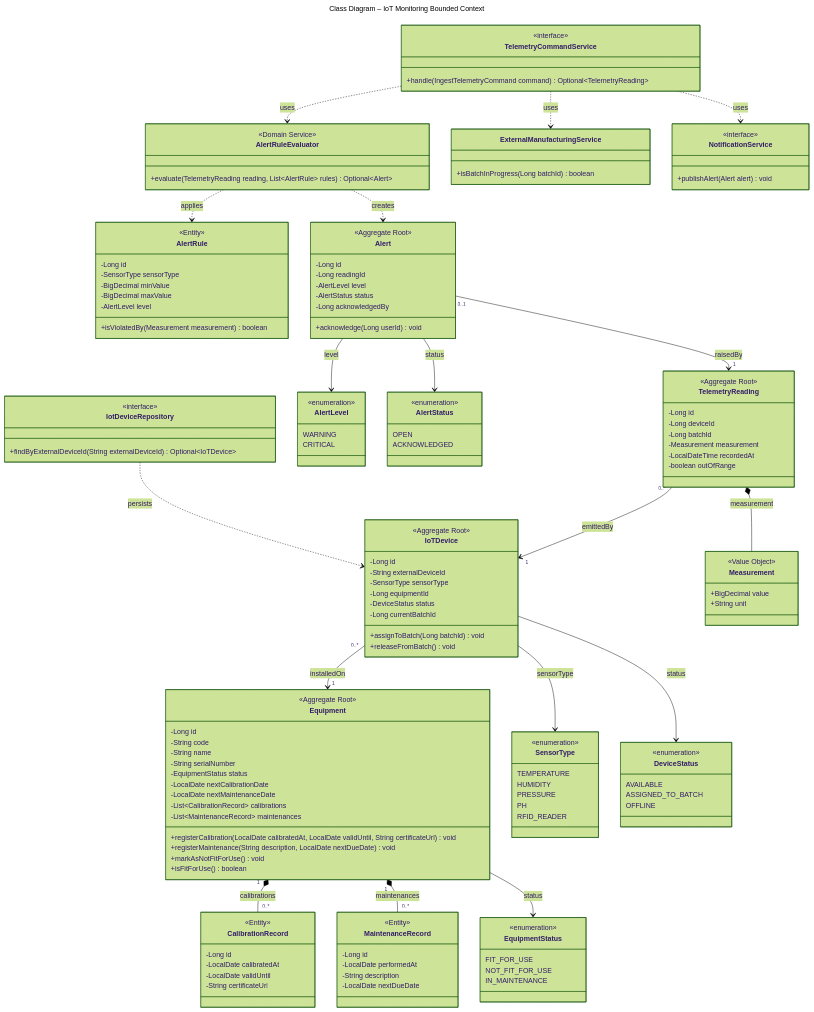
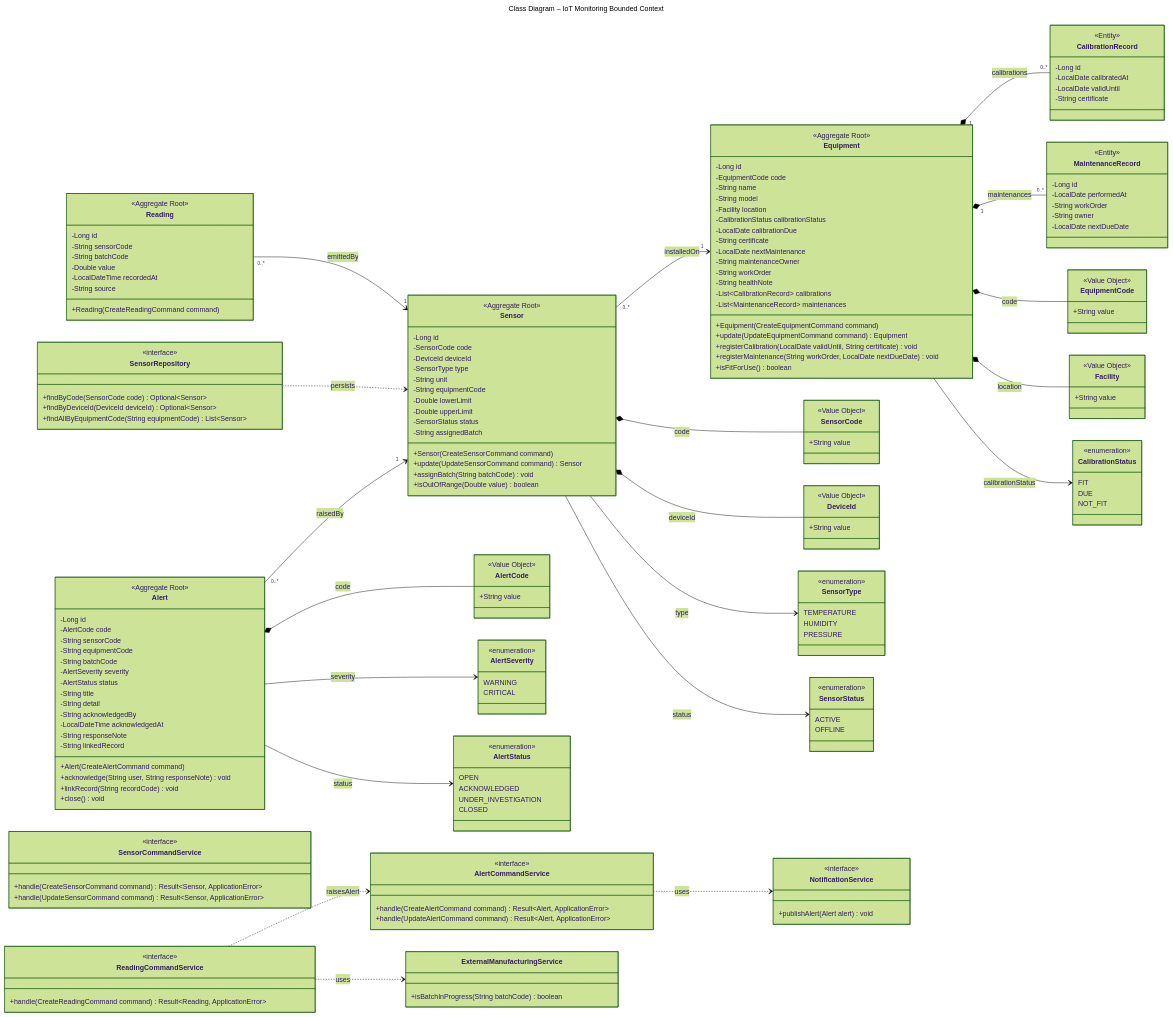
The diagram in report/assets/diagrams/mermaid/class-05-iot.mmd (IngesCompany/doofplus-report), drawn with Mermaid (forest theme) before and after one commit. The commit also changed 10 other files, not shown here.

Commit message:
fix(diagrams): align the class and database diagrams with the product

```diff
--- a/report/assets/diagrams/mermaid/class-05-iot.mmd
+++ b/report/assets/diagrams/mermaid/class-05-iot.mmd
@@ -1,144 +1,184 @@
 ---
 title: "Class Diagram – IoT Monitoring Bounded Context"
 ---
 classDiagram
-  direction TB
+  direction LR
   class Equipment {
     <<Aggregate Root>>
     -Long id
-    -String code
+    -EquipmentCode code
     -String name
-    -String serialNumber
-    -EquipmentStatus status
-    -LocalDate nextCalibrationDate
-    -LocalDate nextMaintenanceDate
+    -String model
+    -Facility location
+    -CalibrationStatus calibrationStatus
+    -LocalDate calibrationDue
+    -String certificate
+    -LocalDate nextMaintenance
+    -String maintenanceOwner
+    -String workOrder
+    -String healthNote
     -List~CalibrationRecord~ calibrations
     -List~MaintenanceRecord~ maintenances
-    +registerCalibration(LocalDate calibratedAt, LocalDate validUntil, String certificateUrl) void
-    +registerMaintenance(String description, LocalDate nextDueDate) void
-    +markAsNotFitForUse() void
+    +Equipment(CreateEquipmentCommand command)
+    +update(UpdateEquipmentCommand command) Equipment
+    +registerCalibration(LocalDate validUntil, String certificate) void
+    +registerMaintenance(String workOrder, LocalDate nextDueDate) void
     +isFitForUse() boolean
   }
   class CalibrationRecord {
     <<Entity>>
     -Long id
     -LocalDate calibratedAt
     -LocalDate validUntil
-    -String certificateUrl
+    -String certificate
   }
   class MaintenanceRecord {
     <<Entity>>
     -Long id
     -LocalDate performedAt
-    -String description
+    -String workOrder
+    -String owner
     -LocalDate nextDueDate
   }
-  class IoTDevice {
+  class Sensor {
     <<Aggregate Root>>
     -Long id
-    -String externalDeviceId
-    -SensorType sensorType
-    -Long equipmentId
-    -DeviceStatus status
-    -Long currentBatchId
-    +assignToBatch(Long batchId) void
-    +releaseFromBatch() void
+    -SensorCode code
+    -DeviceId deviceId
+    -SensorType type
+    -String unit
+    -String equipmentCode
+    -Double lowerLimit
+    -Double upperLimit
+    -SensorStatus status
+    -String assignedBatch
+    +Sensor(CreateSensorCommand command)
+    +update(UpdateSensorCommand command) Sensor
+    +assignBatch(String batchCode) void
+    +isOutOfRange(Double value) boolean
   }
-  class TelemetryReading {
+  class Reading {
     <<Aggregate Root>>
     -Long id
-    -Long deviceId
-    -Long batchId
-    -Measurement measurement
+    -String sensorCode
+    -String batchCode
+    -Double value
     -LocalDateTime recordedAt
-    -boolean outOfRange
-  }
-  class AlertRule {
-    <<Entity>>
-    -Long id
-    -SensorType sensorType
-    -BigDecimal minValue
-    -BigDecimal maxValue
-    -AlertLevel level
-    +isViolatedBy(Measurement measurement) boolean
+    -String source
+    +Reading(CreateReadingCommand command)
   }
   class Alert {
     <<Aggregate Root>>
     -Long id
-    -Long readingId
-    -AlertLevel level
+    -AlertCode code
+    -String sensorCode
+    -String equipmentCode
+    -String batchCode
+    -AlertSeverity severity
     -AlertStatus status
-    -Long acknowledgedBy
-    +acknowledge(Long userId) void
+    -String title
+    -String detail
+    -String acknowledgedBy
+    -LocalDateTime acknowledgedAt
+    -String responseNote
+    -String linkedRecord
+    +Alert(CreateAlertCommand command)
+    +acknowledge(String user, String responseNote) void
+    +linkRecord(String recordCode) void
+    +close() void
   }
-  class Measurement {
+  class EquipmentCode {
     <<Value Object>>
-    +BigDecimal value
-    +String unit
+    +String value
   }
-  class AlertRuleEvaluator {
-    <<Domain Service>>
-    +evaluate(TelemetryReading reading, List~AlertRule~ rules) Optional~Alert~
+  class SensorCode {
+    <<Value Object>>
+    +String value
+  }
+  class DeviceId {
+    <<Value Object>>
+    +String value
+  }
+  class AlertCode {
+    <<Value Object>>
+    +String value
+  }
+  class Facility {
+    <<Value Object>>
+    +String value
+  }
+  class CalibrationStatus {
+    <<enumeration>>
+    FIT
+    DUE
+    NOT_FIT
   }
   class SensorType {
     <<enumeration>>
     TEMPERATURE
     HUMIDITY
     PRESSURE
-    PH
-    RFID_READER
   }
-  class EquipmentStatus {
+  class SensorStatus {
     <<enumeration>>
-    FIT_FOR_USE
-    NOT_FIT_FOR_USE
-    IN_MAINTENANCE
+    ACTIVE
+    OFFLINE
   }
-  class AlertLevel {
+  class AlertSeverity {
     <<enumeration>>
     WARNING
     CRITICAL
-  }
-  class DeviceStatus {
-    <<enumeration>>
-    AVAILABLE
-    ASSIGNED_TO_BATCH
-    OFFLINE
   }
   class AlertStatus {
     <<enumeration>>
     OPEN
     ACKNOWLEDGED
+    UNDER_INVESTIGATION
+    CLOSED
   }
-  class TelemetryCommandService {
+  class ReadingCommandService {
     <<interface>>
-    +handle(IngestTelemetryCommand command) Optional~TelemetryReading~
+    +handle(CreateReadingCommand command) Result~Reading, ApplicationError~
   }
-  class IotDeviceRepository {
+  class SensorCommandService {
     <<interface>>
-    +findByExternalDeviceId(String externalDeviceId) Optional~IoTDevice~
+    +handle(CreateSensorCommand command) Result~Sensor, ApplicationError~
+    +handle(UpdateSensorCommand command) Result~Sensor, ApplicationError~
+  }
+  class AlertCommandService {
+    <<interface>>
+    +handle(CreateAlertCommand command) Result~Alert, ApplicationError~
+    +handle(UpdateAlertCommand command) Result~Alert, ApplicationError~
+  }
+  class SensorRepository {
+    <<interface>>
+    +findByCode(SensorCode code) Optional~Sensor~
+    +findByDeviceId(DeviceId deviceId) Optional~Sensor~
+    +findAllByEquipmentCode(String equipmentCode) List~Sensor~
   }
   class ExternalManufacturingService {
-    +isBatchInProgress(Long batchId) boolean
+    +isBatchInProgress(String batchCode) boolean
   }
   class NotificationService {
     <<interface>>
     +publishAlert(Alert alert) void
   }
   Equipment "1" *-- "0..*" CalibrationRecord : calibrations
   Equipment "1" *-- "0..*" MaintenanceRecord : maintenances
-  IoTDevice "0..*" --> "1" Equipment : installedOn
-  TelemetryReading "0..*" --> "1" IoTDevice : emittedBy
-  TelemetryReading *-- Measurement : measurement
-  Alert "0..1" --> "1" TelemetryReading : raisedBy
-  AlertRuleEvaluator ..> AlertRule : applies
-  AlertRuleEvaluator ..> Alert : creates
-  IoTDevice --> SensorType : sensorType
-  Equipment --> EquipmentStatus : status
-  Alert --> AlertLevel : level
-  IoTDevice --> DeviceStatus : status
+  Equipment *-- EquipmentCode : code
+  Equipment *-- Facility : location
+  Equipment --> CalibrationStatus : calibrationStatus
+  Sensor "0..*" --> "1" Equipment : installedOn
+  Sensor *-- SensorCode : code
+  Sensor *-- DeviceId : deviceId
+  Sensor --> SensorType : type
+  Sensor --> SensorStatus : status
+  Reading "0..*" --> "1" Sensor : emittedBy
+  Alert "0..*" --> "1" Sensor : raisedBy
+  Alert *-- AlertCode : code
+  Alert --> AlertSeverity : severity
   Alert --> AlertStatus : status
-  TelemetryCommandService ..> AlertRuleEvaluator : uses
-  TelemetryCommandService ..> ExternalManufacturingService : uses
-  TelemetryCommandService ..> NotificationService : uses
-  IotDeviceRepository ..> IoTDevice : persists
+  ReadingCommandService ..> AlertCommandService : raisesAlert
+  ReadingCommandService ..> ExternalManufacturingService : uses
+  AlertCommandService ..> NotificationService : uses
+  SensorRepository ..> Sensor : persists
```
